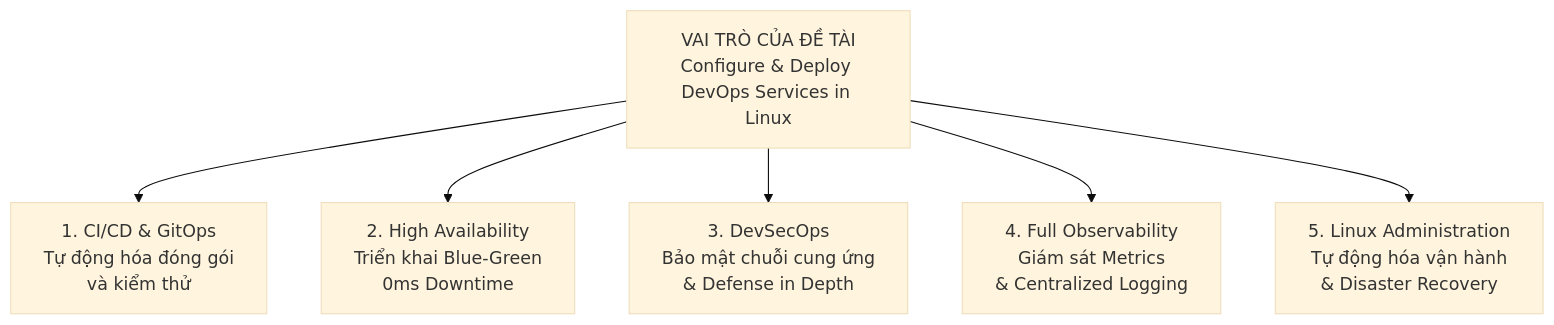
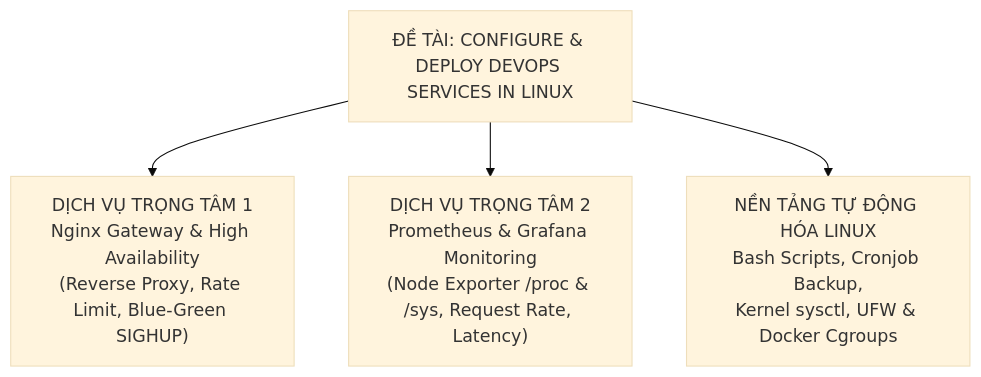
Before and after one commit to IT31072006/linux: the diagram in VAI_TRO_DE_TAI.md, drawn with Mermaid (base theme). The commit also changed other lines of this file and 10 other files, not shown here.

Commit message:
refactor: streamline stack to 2 core services (Nginx HA & Prometheus/Grafana)

````diff
--- a/VAI_TRO_DE_TAI.md
+++ b/VAI_TRO_DE_TAI.md
@@ -24,10 +17,8 @@
 ```mermaid
 flowchart TD
-    Core["VAI TRÒ CỦA ĐỀ TÀI\nConfigure & Deploy DevOps Services in Linux"]
+    Core["ĐỀ TÀI: CONFIGURE & DEPLOY DEVOPS SERVICES IN LINUX"]
 
-    Core --> P1["1. CI/CD & GitOps\nTự động hóa đóng gói\nvà kiểm thử"]
-    Core --> P2["2. High Availability\nTriển khai Blue-Green\n0ms Downtime"]
-    Core --> P3["3. DevSecOps\nBảo mật chuỗi cung ứng\n& Defense in Depth"]
-    Core --> P4["4. Full Observability\nGiám sát Metrics\n& Centralized Logging"]
-    Core --> P5["5. Linux Administration\nTự động hóa vận hành\n& Disaster Recovery"]
+    Core --> S1["DỊCH VỤ TRỌNG TÂM 1\nNginx Gateway & High Availability\n(Reverse Proxy, Rate Limit, Blue-Green SIGHUP)"]
+    Core --> S2["DỊCH VỤ TRỌNG TÂM 2\nPrometheus & Grafana Monitoring\n(Node Exporter /proc & /sys, Request Rate, Latency)"]
+    Core --> Auto["NỀN TẢNG TỰ ĐỘNG HÓA LINUX\nBash Scripts, Cronjob Backup,\nKernel sysctl, UFW & Docker Cgroups"]
 ```
````
